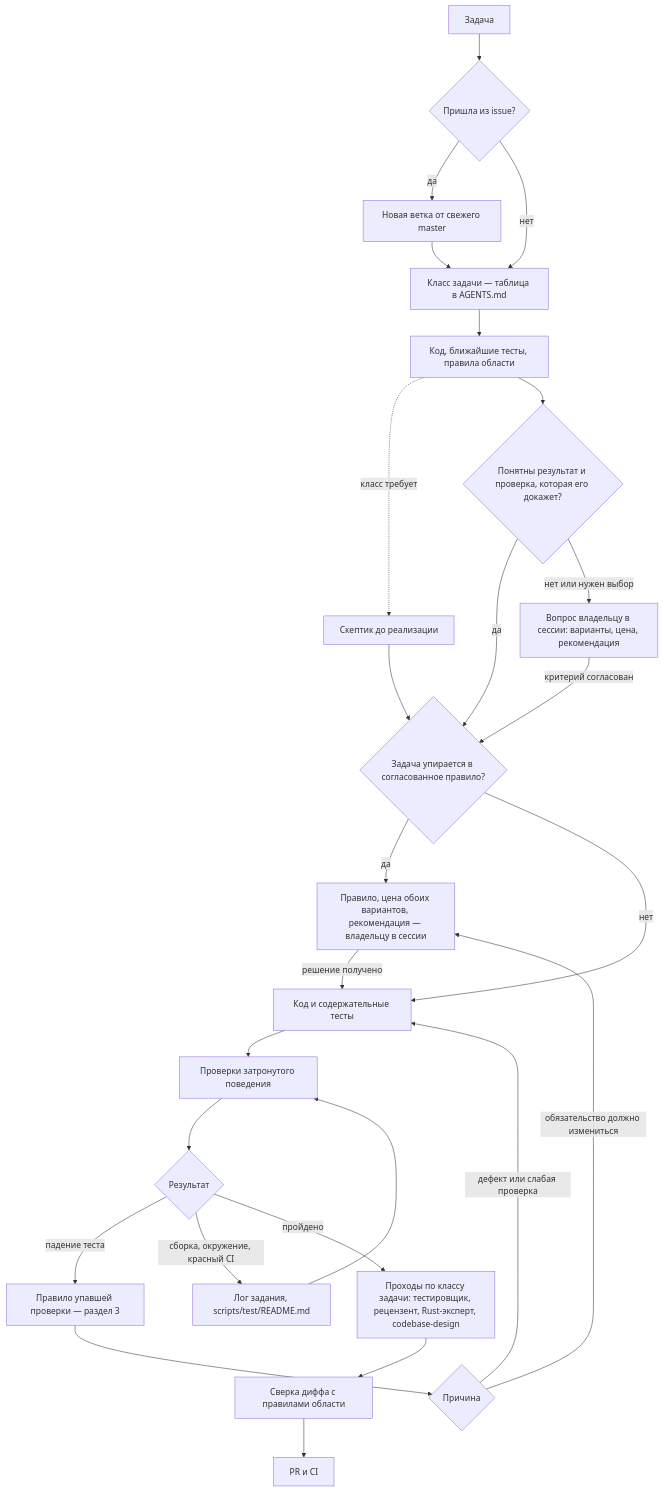
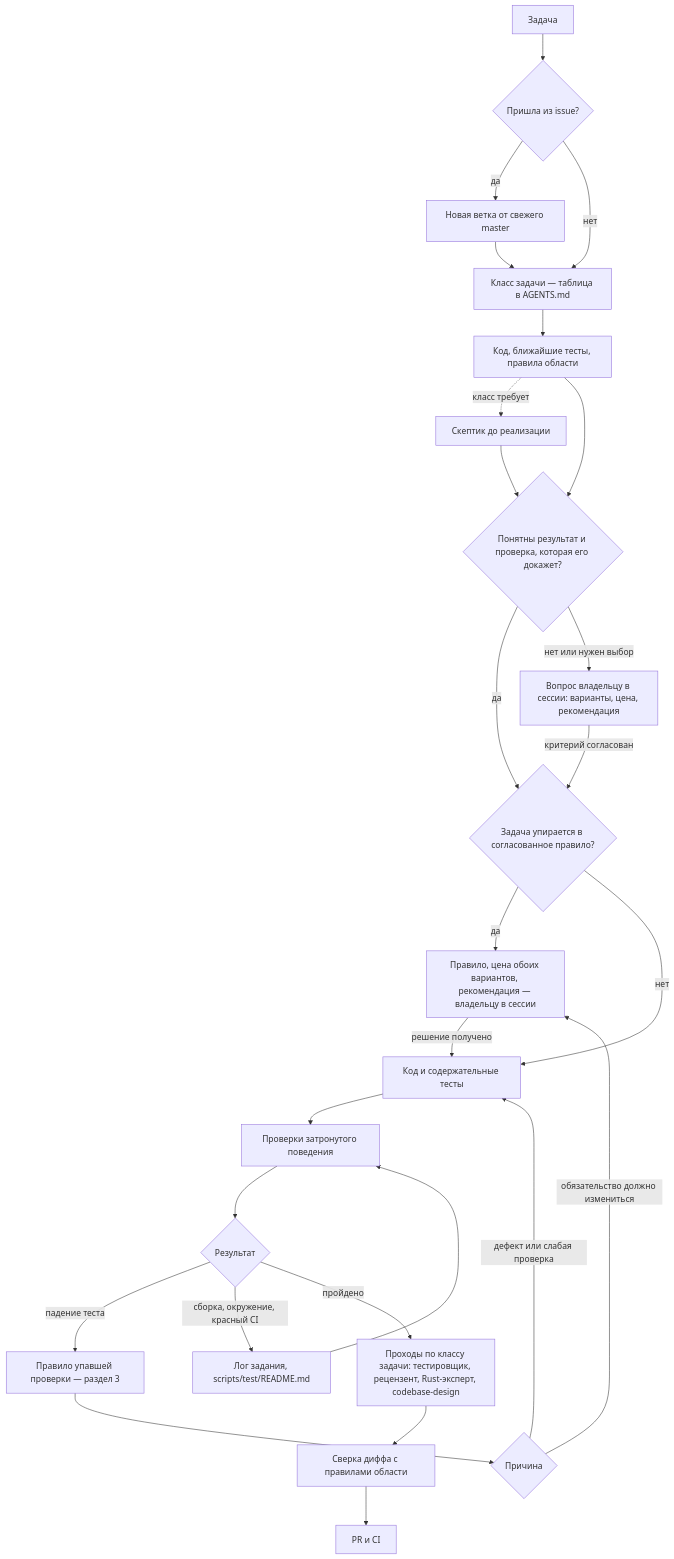
The second of 2 diagrams in AI_DEV.md (IngvarConsulting/v8-runner-rust), drawn with Mermaid before and after one commit.

Commit message:
docs(agents): путь через скептика тоже проходит проверку результата и приёмки

````diff
--- a/AI_DEV.md
+++ b/AI_DEV.md
@@ -58,29 +58,29 @@
 ```mermaid
 flowchart TD
     T["Задача"] --> ISS{"Пришла из issue?"}
     ISS -->|"да"| BR["Новая ветка от свежего master"]
     ISS -->|"нет"| CLS
     BR --> CLS["Класс задачи — таблица в AGENTS.md"]
     CLS --> READ["Код, ближайшие тесты, правила области"]
     READ -.->|"класс требует"| SK["Скептик до реализации"]
-    SK --> K
+    SK --> CRIT
     READ --> CRIT{"Понятны результат и проверка, которая его докажет?"}
     CRIT -->|"да"| K
     CRIT -->|"нет или нужен выбор"| ASK["Вопрос владельцу в сессии: варианты, цена, рекомендация"]
     ASK -->|"критерий согласован"| K
     K{"Задача упирается в согласованное правило?"}
     K -->|"да"| HUMAN["Правило, цена обоих вариантов, рекомендация — владельцу в сессии"]
     HUMAN -->|"решение получено"| CODE
     K -->|"нет"| CODE["Код и содержательные тесты"]
     CODE --> RUN["Проверки затронутого поведения"]
     RUN --> RES{"Результат"}
     RES -->|"падение теста"| LOOK["Правило упавшей проверки — раздел 3"]
     LOOK --> DIAG{"Причина"}
     DIAG -->|"дефект или слабая проверка"| CODE
     DIAG -->|"обязательство должно измениться"| HUMAN
     RES -->|"сборка, окружение, красный CI"| ENV["Лог задания, scripts/test/README.md"]
     ENV --> RUN
     RES -->|"пройдено"| REV["Проходы по классу задачи: тестировщик, рецензент, Rust-эксперт, codebase-design"]
     REV --> REC["Сверка диффа с правилами области"]
     REC --> PR["PR и CI"]
 ```
````
